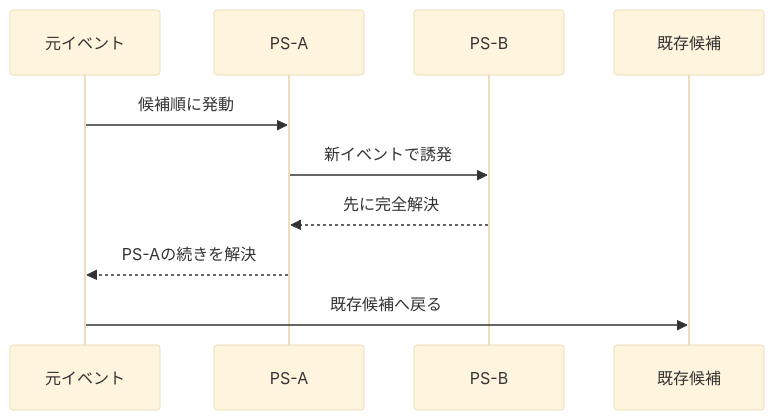
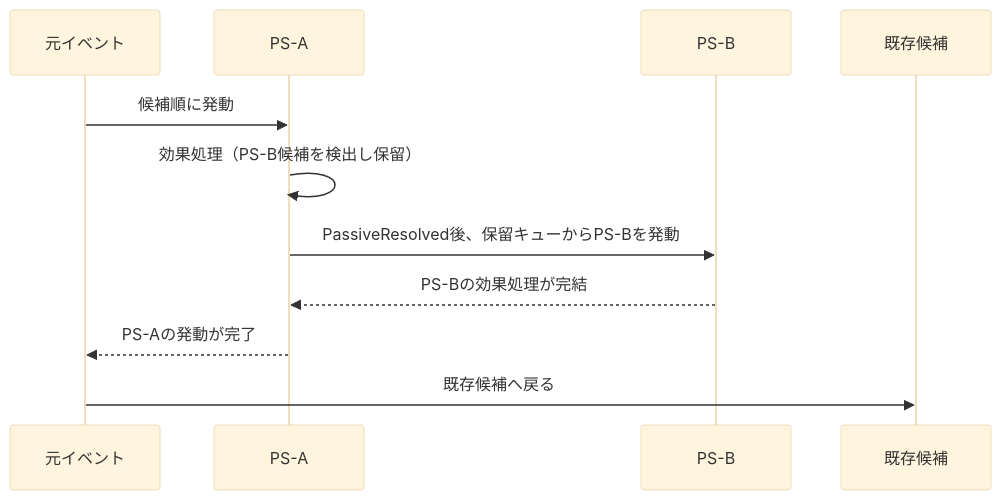
One commit to komei0727/muvluvgg_battle_simulator changed the second of 2 diagrams in docs/ddd/08_ドメインイベント.md. Above: the diagram before and after it, drawn with Mermaid (base theme). The commit also changed other lines of this file and 5 other files, not shown here.

````diff
--- a/docs/ddd/08_ドメインイベント.md
+++ b/docs/ddd/08_ドメインイベント.md
@@ -940,13 +943,14 @@
 ```mermaid
 sequenceDiagram
     participant A as 元イベント
     participant P1 as PS-A
     participant P2 as PS-B
     participant Old as 既存候補
 
     A->>P1: 候補順に発動
-    P1->>P2: 新イベントで誘発
-    P2-->>P1: 先に完全解決
-    P1-->>A: PS-Aの続きを解決
+    P1->>P1: 効果処理（PS-B候補を検出し保留）
+    P1->>P2: PassiveResolved後、保留キューからPS-Bを発動
+    P2-->>P1: PS-Bの効果処理が完結
+    P1-->>A: PS-Aの発動が完了
     A->>Old: 既存候補へ戻る
 ```
````
